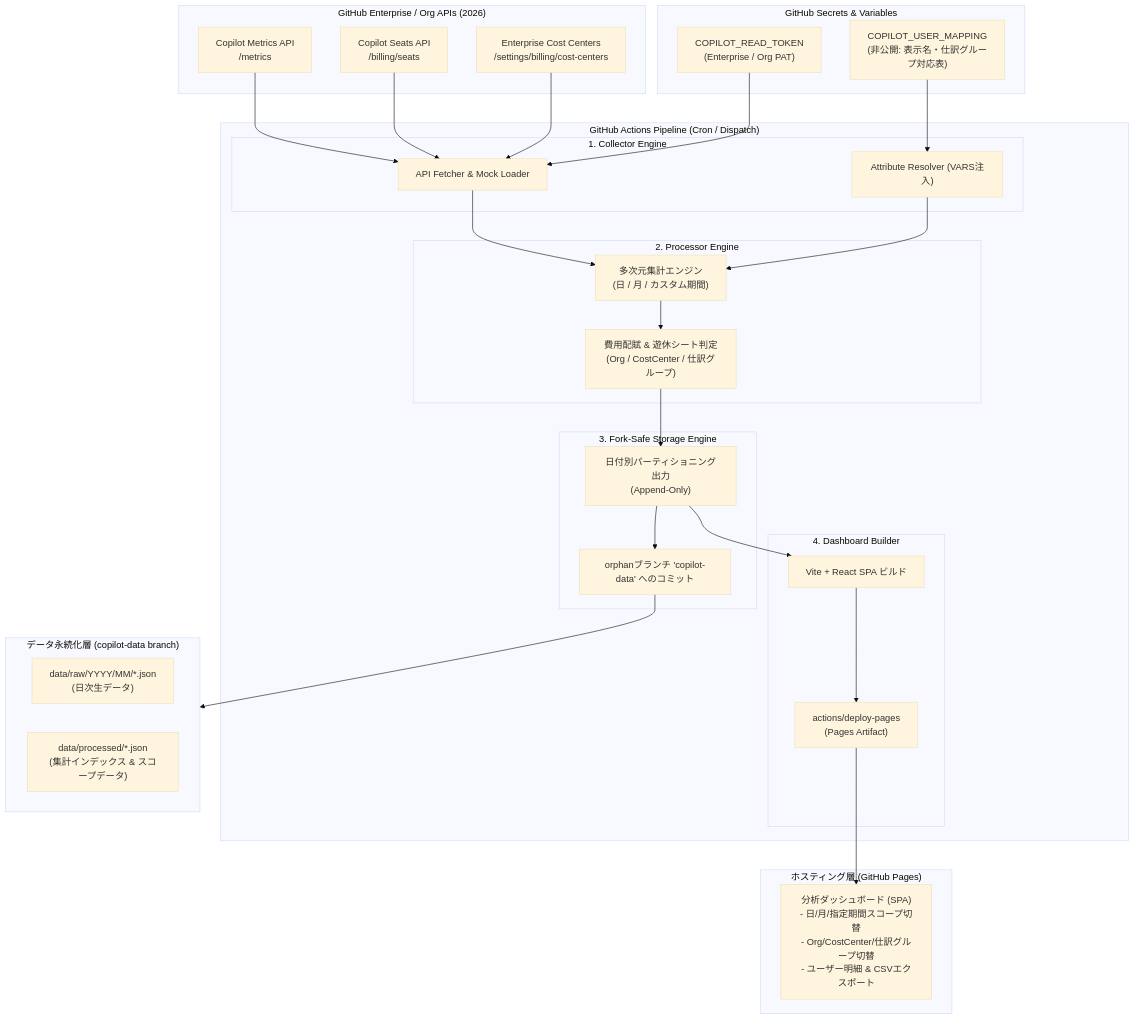
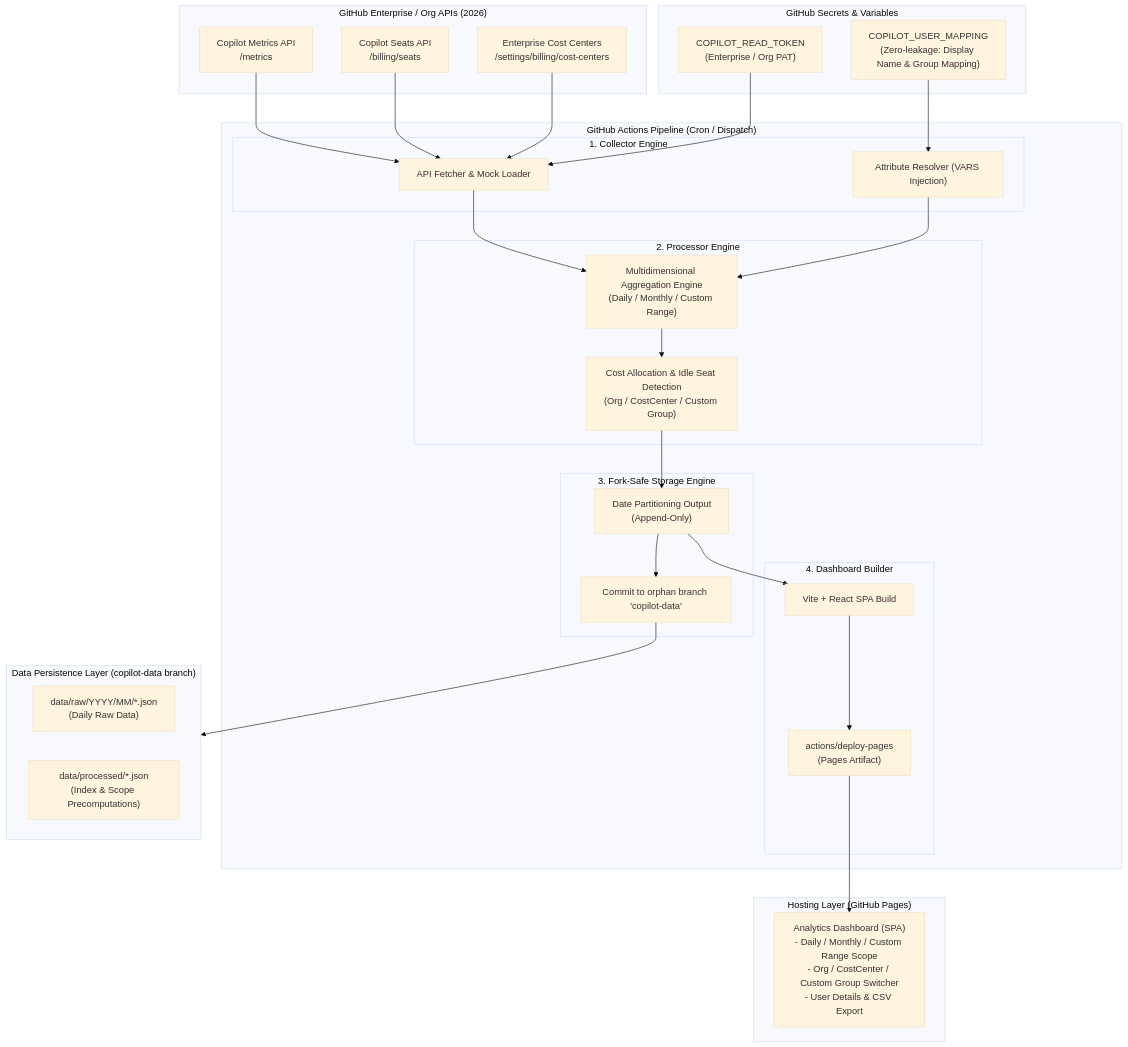
One commit to sun-flat-yamada/github-copilot-dashboard changed the diagram in docs/specifications/02_system_architecture.md. Above: the diagram before and after it, drawn with Mermaid (base theme). The commit also changed other lines of this file and 20 other files, not shown here.

````diff
--- a/docs/specifications/02_system_architecture.md
+++ b/docs/specifications/02_system_architecture.md
@@ -14,59 +18,59 @@
 ```mermaid
 flowchart TB
     subgraph GitHub_API_2026["GitHub Enterprise / Org APIs (2026)"]
         API_Metrics["Copilot Metrics API\n/metrics"]
         API_Seats["Copilot Seats API\n/billing/seats"]
         API_CostCenter["Enterprise Cost Centers\n/settings/billing/cost-centers"]
     end
 
     subgraph GitHub_Variables["GitHub Secrets & Variables"]
-        VAR_Mapping["COPILOT_USER_MAPPING\n(非公開: 表示名・仕訳グループ対応表)"]
+        VAR_Mapping["COPILOT_USER_MAPPING\n(Zero-leakage: Display Name & Group Mapping)"]
         SEC_Token["COPILOT_READ_TOKEN\n(Enterprise / Org PAT)"]
     end
 
     subgraph GitHub_Actions["GitHub Actions Pipeline (Cron / Dispatch)"]
         subgraph Step1["1. Collector Engine"]
             Collector["API Fetcher & Mock Loader"]
-            Resolver["Attribute Resolver (VARS注入)"]
+            Resolver["Attribute Resolver (VARS Injection)"]
         end
         subgraph Step2["2. Processor Engine"]
-            Aggregator["多次元集計エンジン\n(日 / 月 / カスタム期間)"]
-            BillingEngine["費用配賦 & 遊休シート判定\n(Org / CostCenter / 仕訳グループ)"]
+            Aggregator["Multidimensional Aggregation Engine\n(Daily / Monthly / Custom Range)"]
+            BillingEngine["Cost Allocation & Idle Seat Detection\n(Org / CostCenter / Custom Group)"]
         end
         subgraph Step3["3. Fork-Safe Storage Engine"]
-            Storage["日付別パーティショニング出力\n(Append-Only)"]
-            BranchSync["orphanブランチ 'copilot-data' へのコミット"]
+            Storage["Date Partitioning Output\n(Append-Only)"]
+            BranchSync["Commit to orphan branch 'copilot-data'"]
         end
         subgraph Step4["4. Dashboard Builder"]
-            Builder["Vite + React SPA ビルド"]
+            Builder["Vite + React SPA Build"]
             Deploy["actions/deploy-pages\n(Pages Artifact)"]
         end
     end
 
-    subgraph Storage_Branch["データ永続化層 (copilot-data branch)"]
-        RawData["data/raw/YYYY/MM/*.json\n(日次生データ)"]
-        AggData["data/processed/*.json\n(集計インデックス & スコープデータ)"]
+    subgraph Storage_Branch["Data Persistence Layer (copilot-data branch)"]
+        RawData["data/raw/YYYY/MM/*.json\n(Daily Raw Data)"]
+        AggData["data/processed/*.json\n(Index & Scope Precomputations)"]
     end
 
-    subgraph GitHub_Pages["ホスティング層 (GitHub Pages)"]
-        Dashboard["分析ダッシュボード (SPA)\n- 日/月/指定期間スコープ切替\n- Org/CostCenter/仕訳グループ切替\n- ユーザー明細 & CSVエクスポート"]
+    subgraph GitHub_Pages["Hosting Layer (GitHub Pages)"]
+        Dashboard["Analytics Dashboard (SPA)\n- Daily / Monthly / Custom Range Scope\n- Org / CostCenter / Custom Group Switcher\n- User Details & CSV Export"]
     end
 
-    %% データフロー
+    %% Data Flow
     API_Metrics --> Collector
     API_Seats --> Collector
     API_CostCenter --> Collector
     SEC_Token --> Collector
     VAR_Mapping --> Resolver
 
     Collector --> Aggregator
     Resolver --> Aggregator
     Aggregator --> BillingEngine
     BillingEngine --> Storage
     Storage --> BranchSync
     BranchSync --> Storage_Branch
 
     Storage --> Builder
     Builder --> Deploy
     Deploy --> Dashboard
 ```
````
